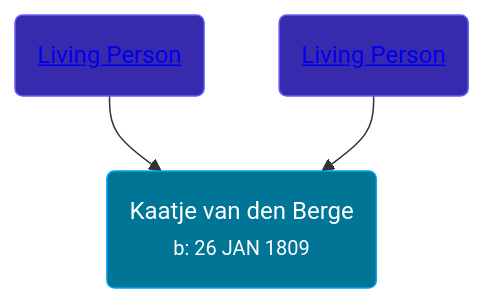
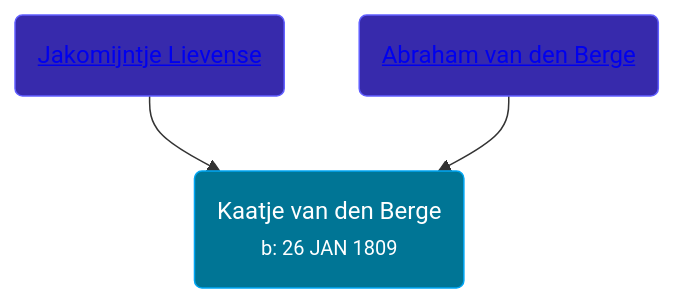
One commit to wpmgotkh/wpmgotkh.github.io changed the diagram in pages/people/3/32271874.md. Above: the diagram before and after it, drawn with Mermaid. The commit also changed other lines of this file and 586 other files, not shown here.

Commit message:
feat: better shouldConsiderPersonLiving algo

````diff
--- a/pages/people/3/32271874.md
+++ b/pages/people/3/32271874.md
@@ -11,9 +11,9 @@
 ```mermaid
 graph
 classDef grands fill:#193cb8,stroke:#2b7fff,stroke-width:1px,color:#fff;
 classDef parents fill:#372aac,stroke:#615fff,stroke-width:1px,color:#fff;
 classDef primary fill:#007595,stroke:#00a6f4,stroke-width:1px,color:#fff;
 32271874(Kaatje van den Berge<br /><small>b: 26 JAN 1809</small>):::primary
-7376448(<a class="text-white" href="/people/7/7376448">Living Person</a>):::parents-->32271874
-78829556(<a class="text-white" href="/people/7/78829556">Living Person</a>):::parents-->32271874
+7376448(<a class="text-white" href="/people/7/7376448">Jakomijntje Lievense</a>):::parents-->32271874
+78829556(<a class="text-white" href="/people/7/78829556">Abraham van den Berge</a>):::parents-->32271874
 ```
````
